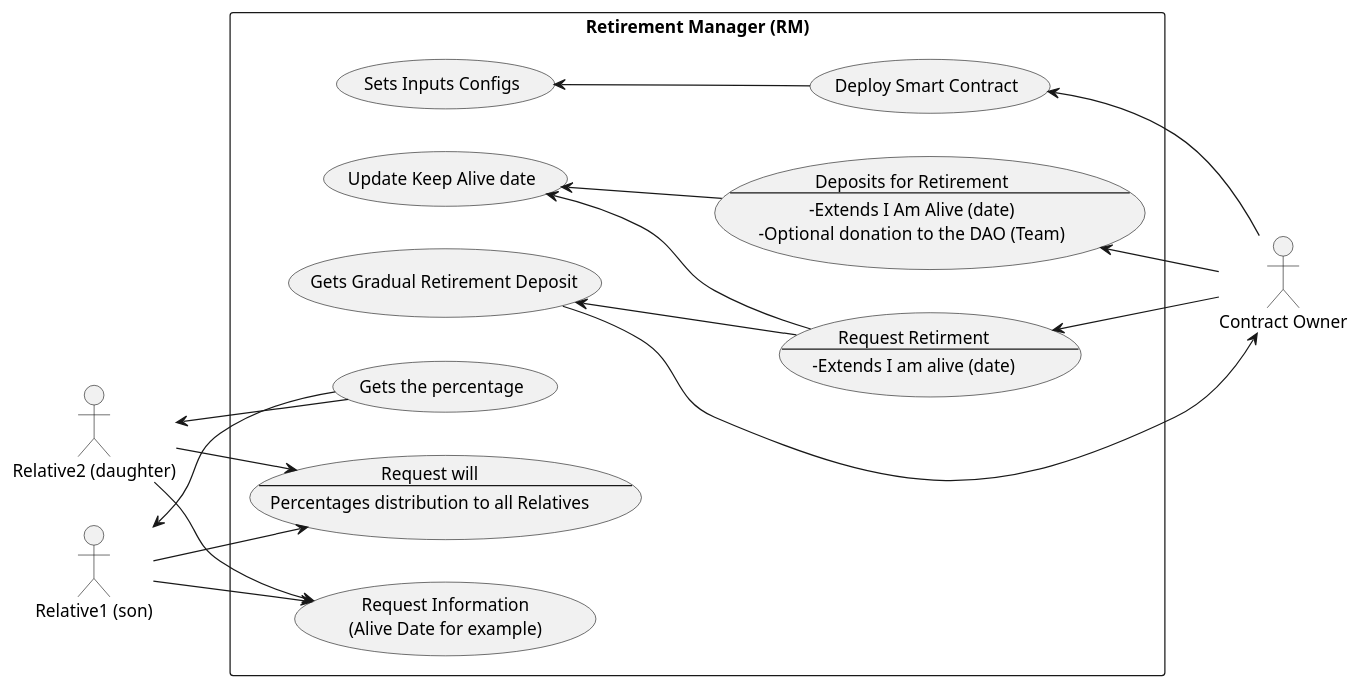
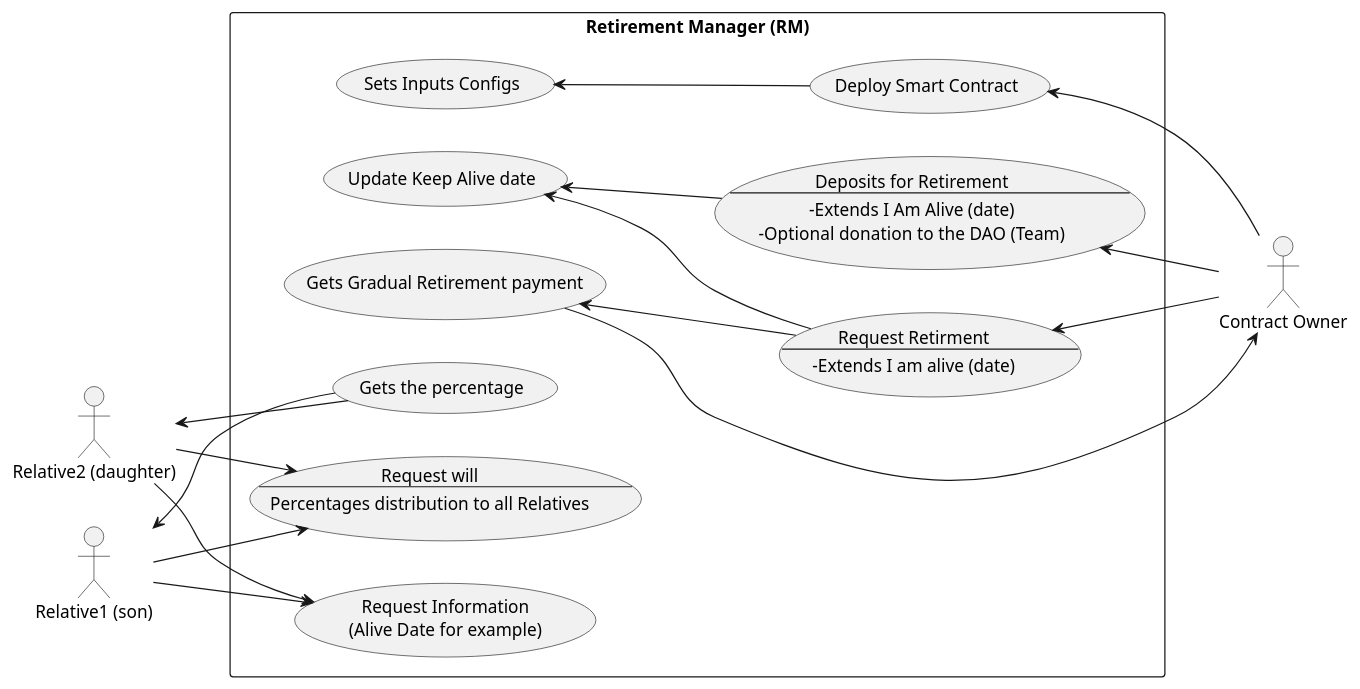
The first of 3 diagrams in README.md (P1R/RET), drawn with PlantUML before and after one commit. The commit also changed other lines of this file, not shown here.

````diff
--- a/README.md
+++ b/README.md
@@ -38,42 +38,42 @@
 ```plantuml
 @startuml
 left to right direction
 actor "Contract Owner" as R0
 actor "Relative1 (son)" as R1
 actor "Relative2 (daughter)" as R2
 rectangle "Retirement Manager (RM)"{
   usecase C1 as "Deploy Smart Contract"
   usecase C2 as "Sets Inputs Configs"
   usecase C3 as "Deposits for Retirement
            --
            -Extends I Am Alive (date)
            -Optional donation to the DAO (Team)"
   usecase C9 as "Update Keep Alive date" 
   usecase C4 as "Request Retirment
                  --
                  -Extends I am alive (date)"
-  usecase C5 as "Gets Gradual Retirement Deposit"
+  usecase C5 as "Gets Gradual Retirement payment"
   usecase C6 as "Request Information
                  (Alive Date for example)"
   usecase C7 as "Gets the percentage"
   usecase C8 as "Request will
                  --
                  Percentages distribution to all Relatives"
 }
 C1 <-- R0
 C2 <-- C1
 C3 <-- R0
 C3 -up-> C9
 C4 <-- R0
 C4 -up-> C9
 C5 <-- C4
 C5 --> R0
 R1 --> C6
 R2 --> C6
 C7 --> R1
 C7 --> R2
 R1 --> C8
 R2 --> C8
 
 @enduml
 ```
````
